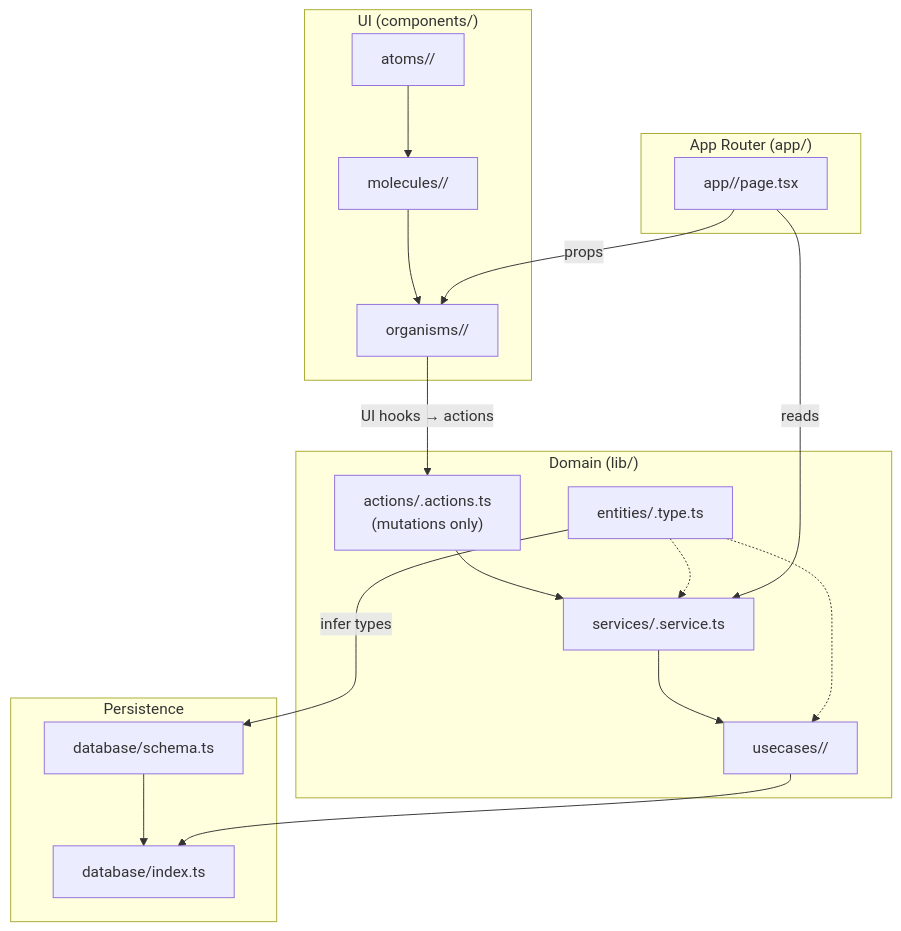
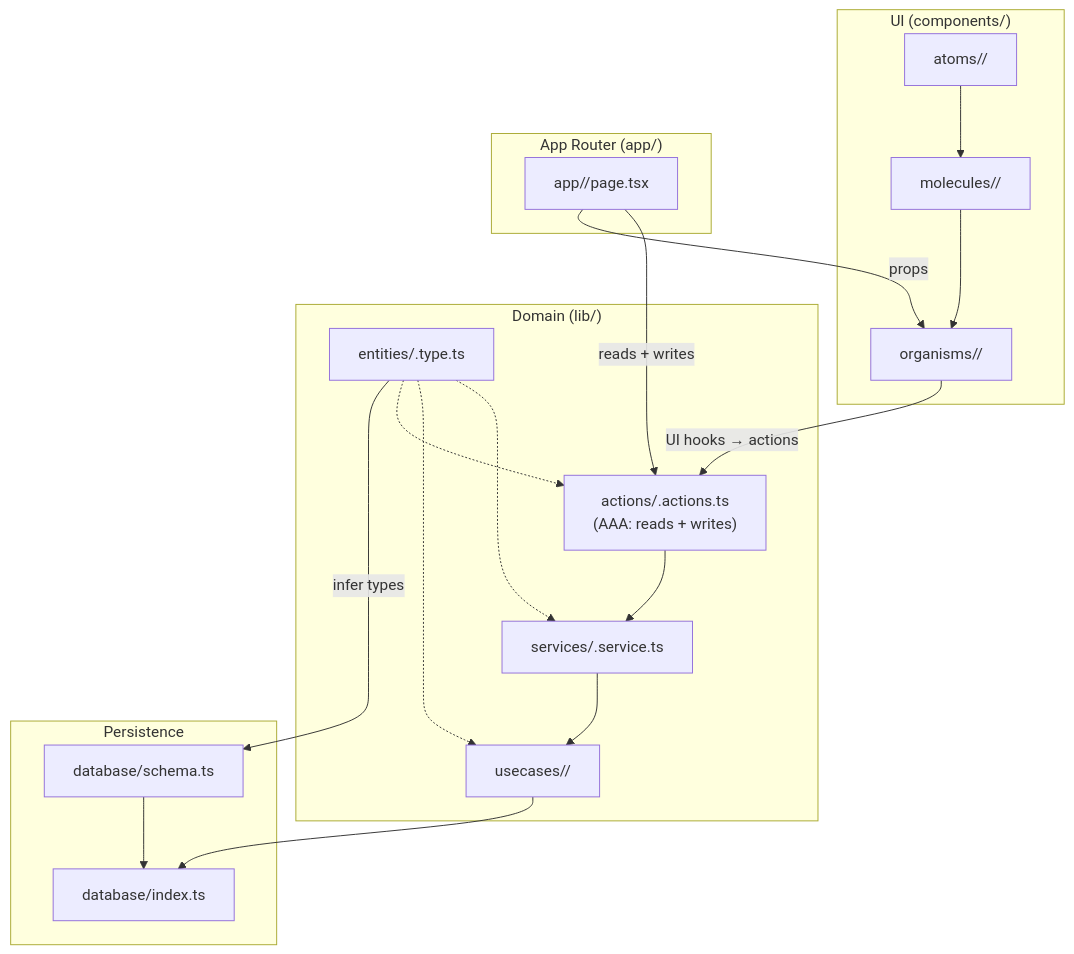
The third of 4 diagrams in ARCHITECTURE.md (wela-herveyyy/RND-NEXT-JS-TEMPLETE), drawn with Mermaid before and after one commit. The commit also changed other lines of this file and 18 other files, not shown here.

````diff
--- a/ARCHITECTURE.md
+++ b/ARCHITECTURE.md
@@ -263,35 +390,36 @@
 ```mermaid
 flowchart TB
   subgraph ui ["UI (components/)"]
     Atom["atoms/<Name>/"]
     Molecule["molecules/<Name>/"]
     Organism["organisms/<Name>/"]
     Atom --> Molecule --> Organism
   end
 
   subgraph app ["App Router (app/)"]
     Page["app/<route>/page.tsx"]
   end
 
   subgraph domain ["Domain (lib/)"]
-    Actions["actions/<table>.actions.ts<br/>(mutations only)"]
+    Actions["actions/<table>.actions.ts<br/>(AAA: reads + writes)"]
     Service["services/<table>.service.ts"]
     UseCase["usecases/<table>/"]
     Entity["entities/<table>.type.ts"]
     Actions --> Service --> UseCase
     Entity -.-> Service
     Entity -.-> UseCase
+    Entity -.-> Actions
   end
 
   subgraph db ["Persistence"]
     Schema["database/schema.ts"]
     Client["database/index.ts"]
     Schema --> Client
   end
 
-  Page -->|"reads"| Service
+  Page -->|"reads + writes"| Actions
   Page -->|"props"| Organism
   Organism -->|"UI hooks → actions"| Actions
   UseCase --> Client
   Entity -->|"infer types"| Schema
 ```
````
